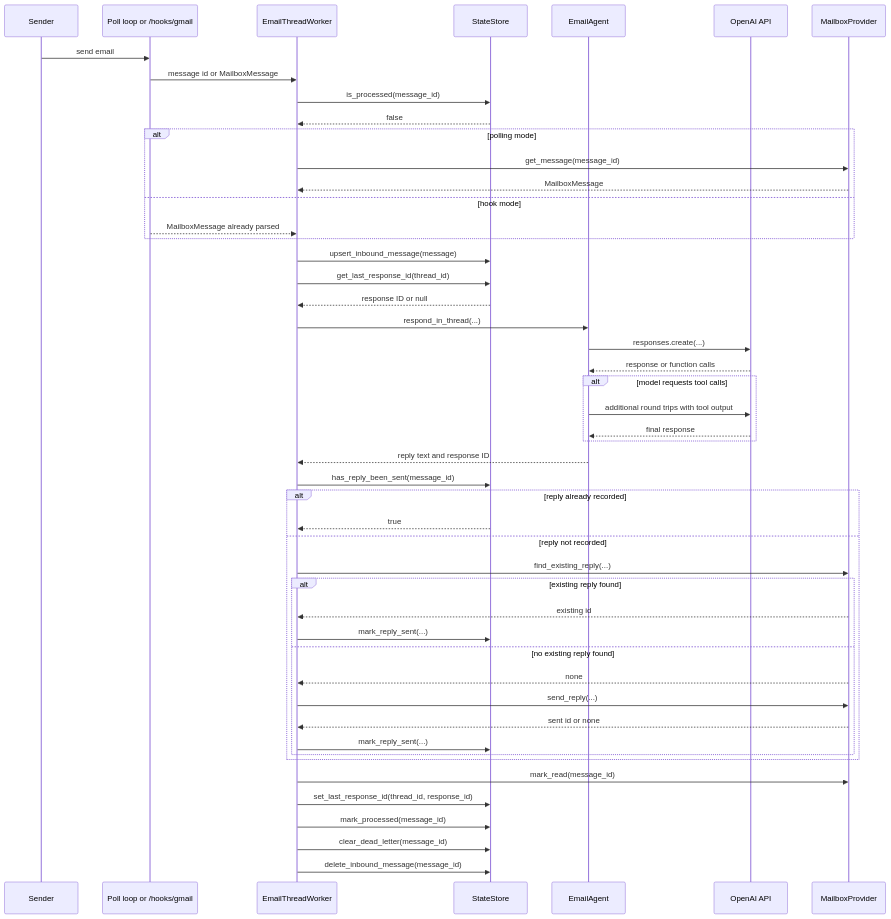
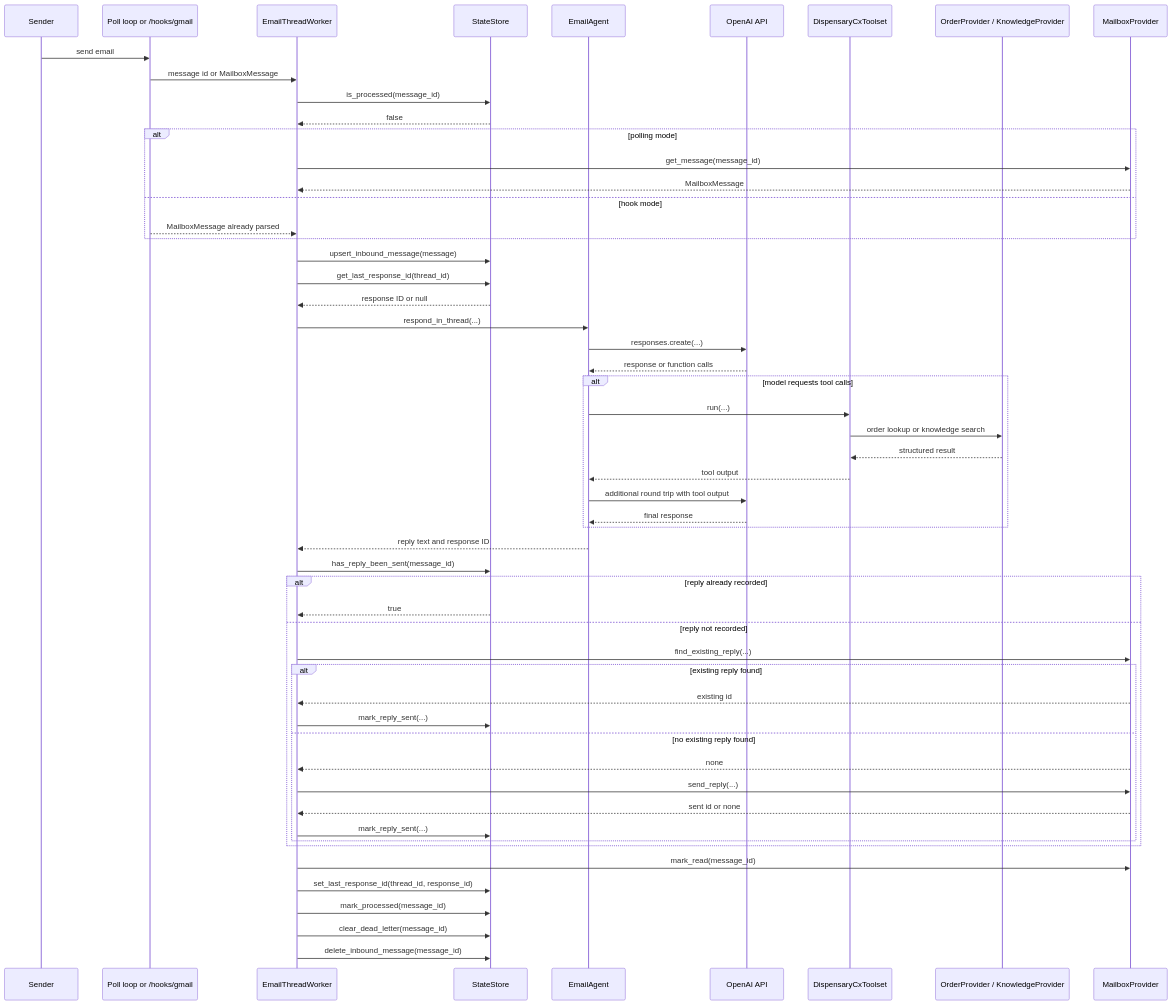
The third of 3 diagrams in docs/runtime-and-pipeline.md (LunarMothStudios/Canna-Mailroom), drawn with Mermaid before and after one commit. The commit also changed other lines of this file and 36 other files, not shown here.

````diff
--- a/docs/runtime-and-pipeline.md
+++ b/docs/runtime-and-pipeline.md
@@ -46,57 +54,63 @@
 ```mermaid
 sequenceDiagram
     participant Sender as Sender
     participant Ingress as Poll loop or /hooks/gmail
     participant Worker as EmailThreadWorker
     participant DB as StateStore
     participant Agent as EmailAgent
     participant OpenAI as OpenAI API
+    participant Toolset as DispensaryCxToolset
+    participant Providers as OrderProvider / KnowledgeProvider
     participant Mailbox as MailboxProvider
 
     Sender->>Ingress: send email
     Ingress->>Worker: message id or MailboxMessage
     Worker->>DB: is_processed(message_id)
     DB-->>Worker: false
 
     alt polling mode
         Worker->>Mailbox: get_message(message_id)
         Mailbox-->>Worker: MailboxMessage
     else hook mode
         Ingress-->>Worker: MailboxMessage already parsed
     end
 
     Worker->>DB: upsert_inbound_message(message)
     Worker->>DB: get_last_response_id(thread_id)
     DB-->>Worker: response ID or null
     Worker->>Agent: respond_in_thread(...)
     Agent->>OpenAI: responses.create(...)
     OpenAI-->>Agent: response or function calls
 
     alt model requests tool calls
-        Agent->>OpenAI: additional round trips with tool output
+        Agent->>Toolset: run(...)
+        Toolset->>Providers: order lookup or knowledge search
+        Providers-->>Toolset: structured result
+        Toolset-->>Agent: tool output
+        Agent->>OpenAI: additional round trip with tool output
         OpenAI-->>Agent: final response
     end
 
     Agent-->>Worker: reply text and response ID
     Worker->>DB: has_reply_been_sent(message_id)
     alt reply already recorded
         DB-->>Worker: true
     else reply not recorded
         Worker->>Mailbox: find_existing_reply(...)
         alt existing reply found
             Mailbox-->>Worker: existing id
             Worker->>DB: mark_reply_sent(...)
         else no existing reply found
             Mailbox-->>Worker: none
             Worker->>Mailbox: send_reply(...)
             Mailbox-->>Worker: sent id or none
             Worker->>DB: mark_reply_sent(...)
         end
     end
 
     Worker->>Mailbox: mark_read(message_id)
     Worker->>DB: set_last_response_id(thread_id, response_id)
     Worker->>DB: mark_processed(message_id)
     Worker->>DB: clear_dead_letter(message_id)
     Worker->>DB: delete_inbound_message(message_id)
 ```
````
